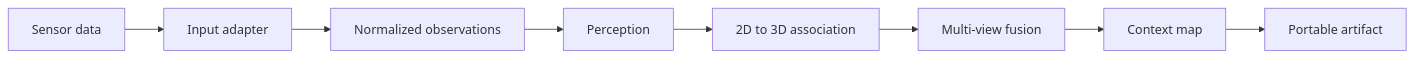
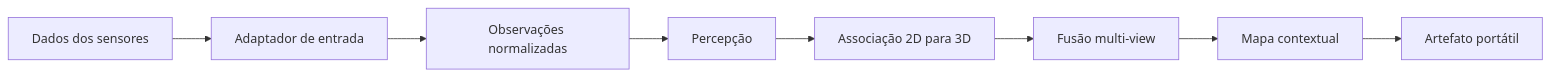
Before and after one commit to Alexandre-Tortoza/contextmap2: the diagram in README.md, drawn with Mermaid. The commit also changed other lines of this file, not shown here.

First line of the commit message:
docs(governance): align readme with the new development flow

````diff
--- a/README.md
+++ b/README.md
@@ -11,10 +11,10 @@
 ```mermaid
 flowchart LR
-    A[Sensor data] --> B[Input adapter]
-    B --> C[Normalized observations]
-    C --> D[Perception]
-    D --> E[2D to 3D association]
-    E --> F[Multi-view fusion]
-    F --> G[Context map]
-    G --> H[Portable artifact]
+    A[Dados dos sensores] --> B[Adaptador de entrada]
+    B --> C[Observações normalizadas]
+    C --> D[Percepção]
+    D --> E[Associação 2D para 3D]
+    E --> F[Fusão multi-view]
+    F --> G[Mapa contextual]
+    G --> H[Artefato portátil]
 ```
````
